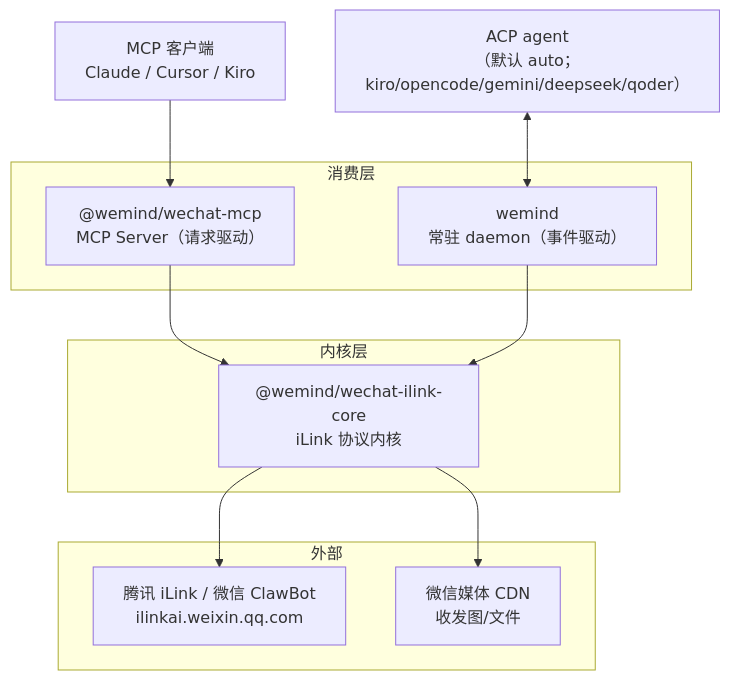
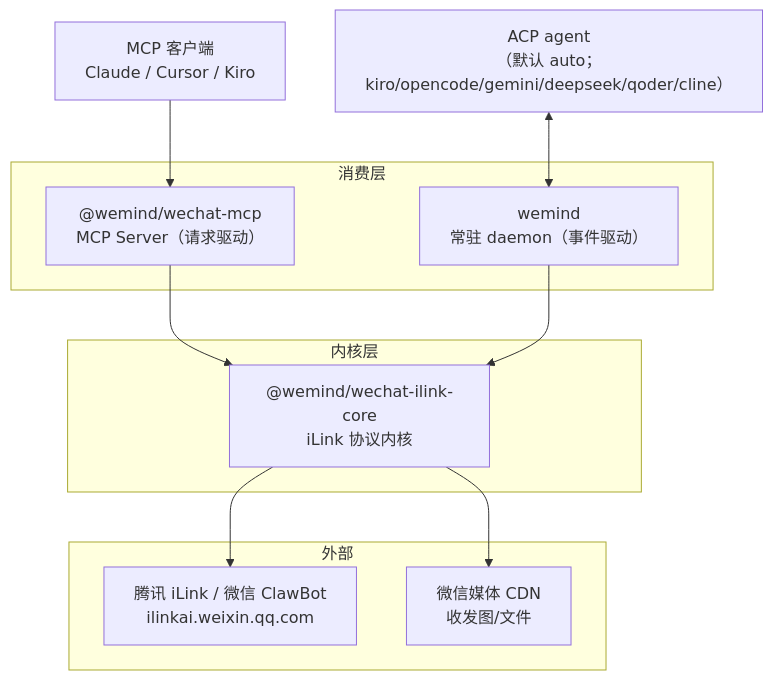
One commit to imwangpan/WeMind changed the first of 6 diagrams in docs/repowiki/02-系统架构.md. Above: the diagram before and after it, drawn with Mermaid. The commit also changed other lines of this file and 24 other files, not shown here.

First line of the commit message:
feat: 接入 Cline（原生 ACP）并补认证提示

````diff
--- a/docs/repowiki/02-系统架构.md
+++ b/docs/repowiki/02-系统架构.md
@@ -13,20 +13,20 @@
 ```mermaid
 graph TD
     subgraph 消费层
         MCP["@wemind/wechat-mcp<br/>MCP Server（请求驱动）"]
         DAEMON["wemind<br/>常驻 daemon（事件驱动）"]
     end
     subgraph 内核层
         CORE["@wemind/wechat-ilink-core<br/>iLink 协议内核"]
     end
     subgraph 外部
         ILINK["腾讯 iLink / 微信 ClawBot<br/>ilinkai.weixin.qq.com"]
         CDN["微信媒体 CDN<br/>收发图/文件"]
     end
     MCPCLIENT["MCP 客户端<br/>Claude / Cursor / Kiro"] --> MCP
-    BRAIN["ACP agent<br/>（默认 auto；kiro/opencode/gemini/deepseek/qoder）"] <--> DAEMON
+    BRAIN["ACP agent<br/>（默认 auto；kiro/opencode/gemini/deepseek/qoder/cline）"] <--> DAEMON
     MCP --> CORE
     DAEMON --> CORE
     CORE --> ILINK
     CORE --> CDN
 ```
````
